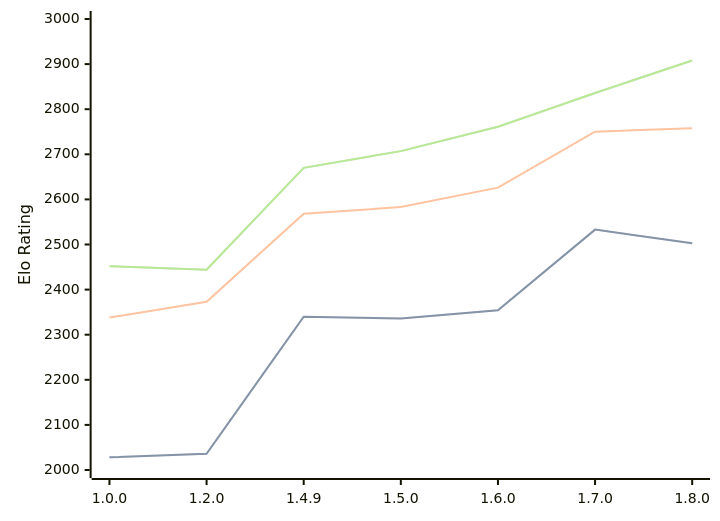
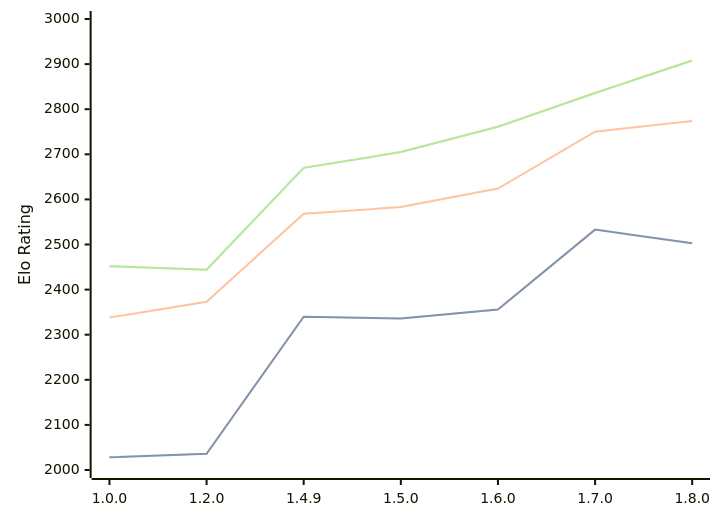
The first of 3 diagrams in engines/Basilisk.md (computer-chess-index/cci), drawn with Mermaid before and after one commit. The commit also changed other lines of this file, not shown here.

Commit message:
Update CCI Ratings (ELO VLTC) - 2026-07-18

````diff
--- a/engines/Basilisk.md
+++ b/engines/Basilisk.md
@@ -51,11 +51,11 @@
 ```mermaid
 %%{init: {"theme":"base","themeVariables":{"seriesColors:['#a3a3a3','#222221','#faa371']}}}%%
 xychart-beta
   x-axis ["1.0.0", "1.2.0", "1.4.9", "1.5.0", "1.6.0", "1.7.0", "1.8.0"]
   y-axis "Elo Rating" 2000 --> 3000
-  line "STC (8.0+0.08s)" [2028, 2036, 2340, 2336, 2354, 2533, 2503]
-  line "STC (8.0+0.08s)" [2028, 2036, 2340, 2336, 2354, 2533, 2503]
-  line "LTC (60.0+0.60s)" [2338, 2373, 2568, 2583, 2626, 2750, 2758]
-  line "VLTC (2m24s+1.12s)" [2452, 2444, 2670, 2707, 2761, 2836, 2908]
-  line "VLTC (2m24s+1.12s)" [2452, 2444, 2670, 2707, 2761, 2836, 2908]
+  line "STC (8.0+0.08s)" [2028, 2036, 2340, 2336, 2356, 2533, 2503]
+  line "STC (8.0+0.08s)" [2028, 2036, 2340, 2336, 2356, 2533, 2503]
+  line "LTC (60.0+0.60s)" [2338, 2373, 2568, 2583, 2624, 2750, 2774]
+  line "VLTC (2m24s+1.12s)" [2452, 2444, 2670, 2705, 2761, 2836, 2908]
+  line "VLTC (2m24s+1.12s)" [2452, 2444, 2670, 2705, 2761, 2836, 2908]
 ```
````
